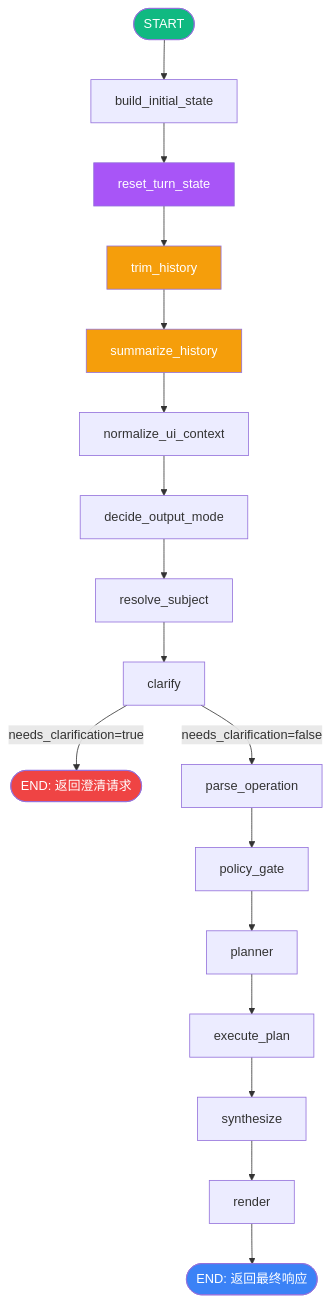
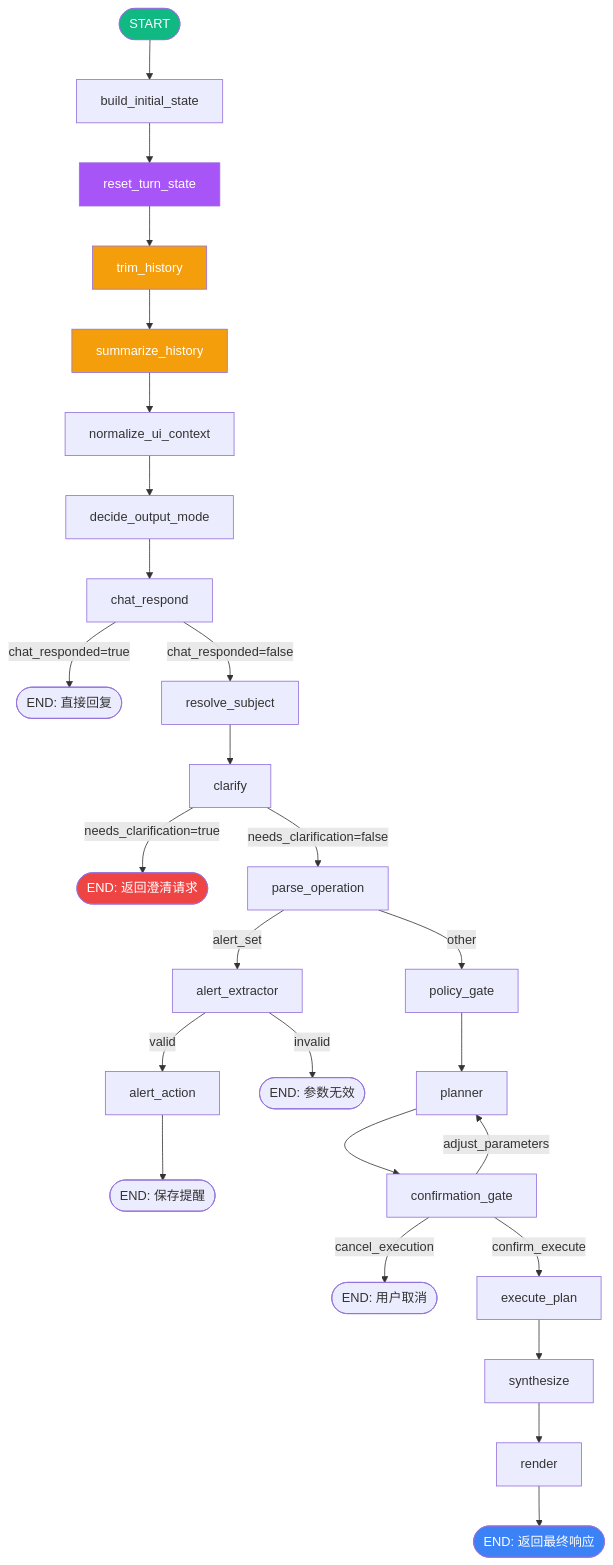
The first of 3 diagrams in docs/LANGGRAPH_FLOW.md (kkkano/FinSight), drawn with Mermaid before and after one commit. The commit also changed other lines of this file and 26 other files, not shown here.

````diff
--- a/docs/LANGGRAPH_FLOW.md
+++ b/docs/LANGGRAPH_FLOW.md
@@ -9,28 +11,37 @@
 ```mermaid
 graph TD
     START([START]) --> build_initial_state
     build_initial_state --> reset_turn_state
     reset_turn_state --> trim_history
     trim_history --> summarize_history
     summarize_history --> normalize_ui_context
     normalize_ui_context --> decide_output_mode
-    decide_output_mode --> resolve_subject
+    decide_output_mode --> chat_respond
+    chat_respond -->|chat_responded=true| END_CHAT([END: 直接回复])
+    chat_respond -->|chat_responded=false| resolve_subject
     resolve_subject --> clarify
 
     clarify -->|needs_clarification=true| END_CLARIFY([END: 返回澄清请求])
     clarify -->|needs_clarification=false| parse_operation
 
-    parse_operation --> policy_gate
+    parse_operation -->|alert_set| alert_extractor
+    alert_extractor -->|valid| alert_action
+    alert_action --> END_ALERT([END: 保存提醒])
+    alert_extractor -->|invalid| END_ALERT_INVALID([END: 参数无效])
+    parse_operation -->|other| policy_gate
     policy_gate --> planner
-    planner --> execute_plan
+    planner --> confirmation_gate
+    confirmation_gate -->|cancel_execution| END_CANCEL([END: 用户取消])
+    confirmation_gate -->|adjust_parameters| planner
+    confirmation_gate -->|confirm_execute| execute_plan
     execute_plan --> synthesize
     synthesize --> render
     render --> END_DONE([END: 返回最终响应])
 
     style START fill:#10b981,color:#fff
     style reset_turn_state fill:#a855f7,color:#fff
     style trim_history fill:#f59e0b,color:#fff
     style summarize_history fill:#f59e0b,color:#fff
     style END_CLARIFY fill:#ef4444,color:#fff
     style END_DONE fill:#3b82f6,color:#fff
 ```
````
